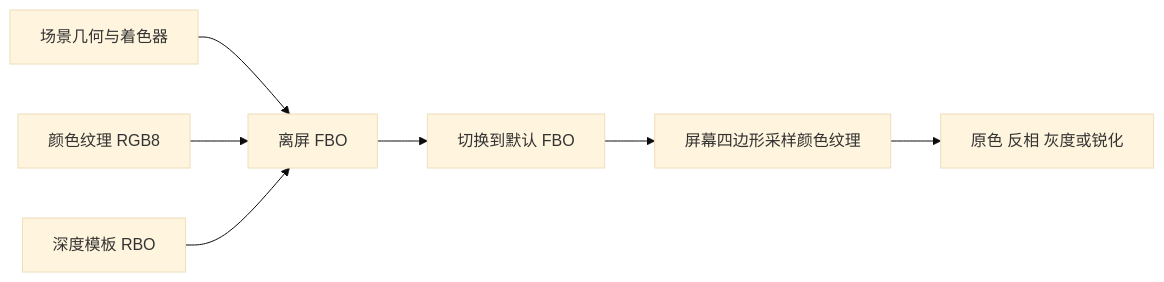
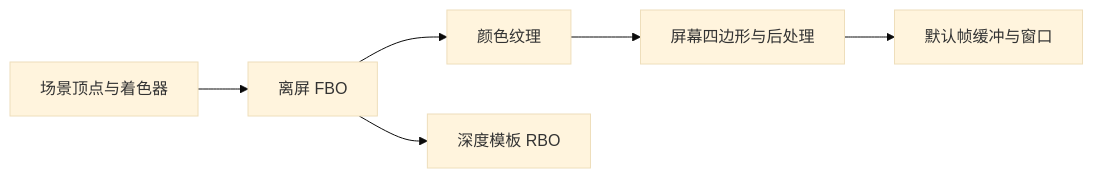
Before and after one commit to with-fair-wind/OpenGL: the diagram in docs/04_advanced_opengl/05_framebuffers.md, drawn with Mermaid (base theme). The commit also changed other lines of this file and 107 other files, not shown here.

````diff
--- a/docs/04_advanced_opengl/05_framebuffers.md
+++ b/docs/04_advanced_opengl/05_framebuffers.md
@@ -14,9 +17,8 @@
 ```mermaid
 flowchart LR
-    A[场景几何与着色器] --> B[离屏 FBO]
-    C[颜色纹理 RGB8] --> B
-    D[深度模板 RBO] --> B
-    B --> E[切换到默认 FBO]
-    E --> F[屏幕四边形采样颜色纹理]
-    F --> G[原色 反相 灰度或锐化]
+    A[场景顶点与着色器] --> B[离屏 FBO]
+    B --> C[颜色纹理]
+    B --> D[深度模板 RBO]
+    C --> E[屏幕四边形与后处理]
+    E --> F[默认帧缓冲与窗口]
 ```
````
